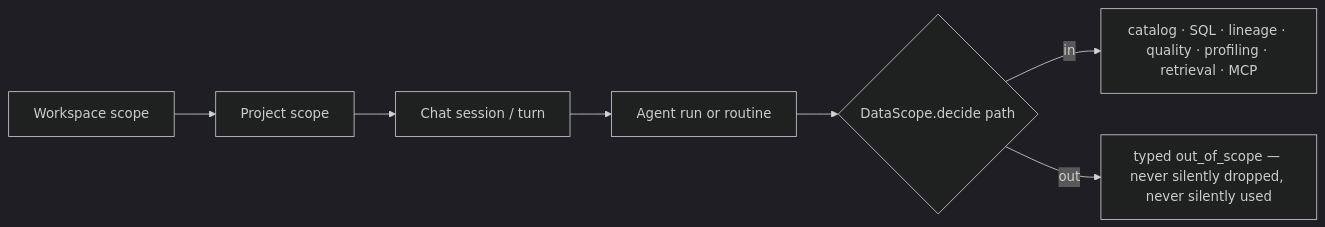
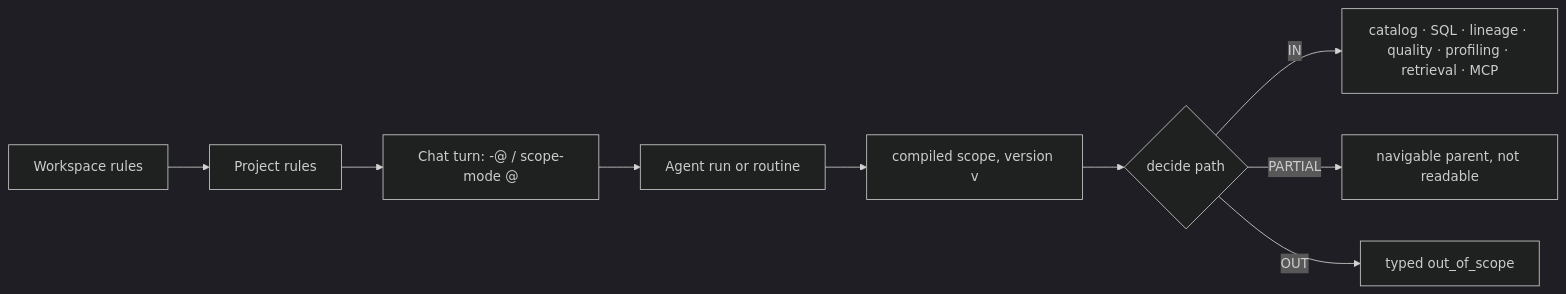
Before and after one commit to brighthive/agentic-project-mgmt: the diagram in docs/specs/data-scope.md, drawn with Mermaid (dark theme). The commit also changed other lines of this file, not shown here.

Commit message:
docs(specs): data scope review fixes — deny-overrides, fail closed (BH-1370)

````diff
--- a/docs/specs/data-scope.md
+++ b/docs/specs/data-scope.md
@@ -42,7 +44,9 @@
 ```mermaid
 flowchart LR
-  W[Workspace scope] --> P[Project scope] --> S[Chat session / turn] --> R[Agent run or routine]
-  R --> D{DataScope.decide path}
-  D -->|in| USE[catalog · SQL · lineage · quality · profiling · retrieval · MCP]
-  D -->|out| STOP[typed out_of_scope — never silently dropped, never silently used]
+  W[Workspace rules] --> P[Project rules] --> T[Chat turn: -@ / scope-mode @] --> R[Agent run or routine]
+  R --> C[compiled scope, version v]
+  C --> D{decide path}
+  D -->|IN| USE[catalog · SQL · lineage · quality · profiling · retrieval · MCP]
+  D -->|PARTIAL| NAV[navigable parent, not readable]
+  D -->|OUT| STOP[typed out_of_scope]
 ```
````
